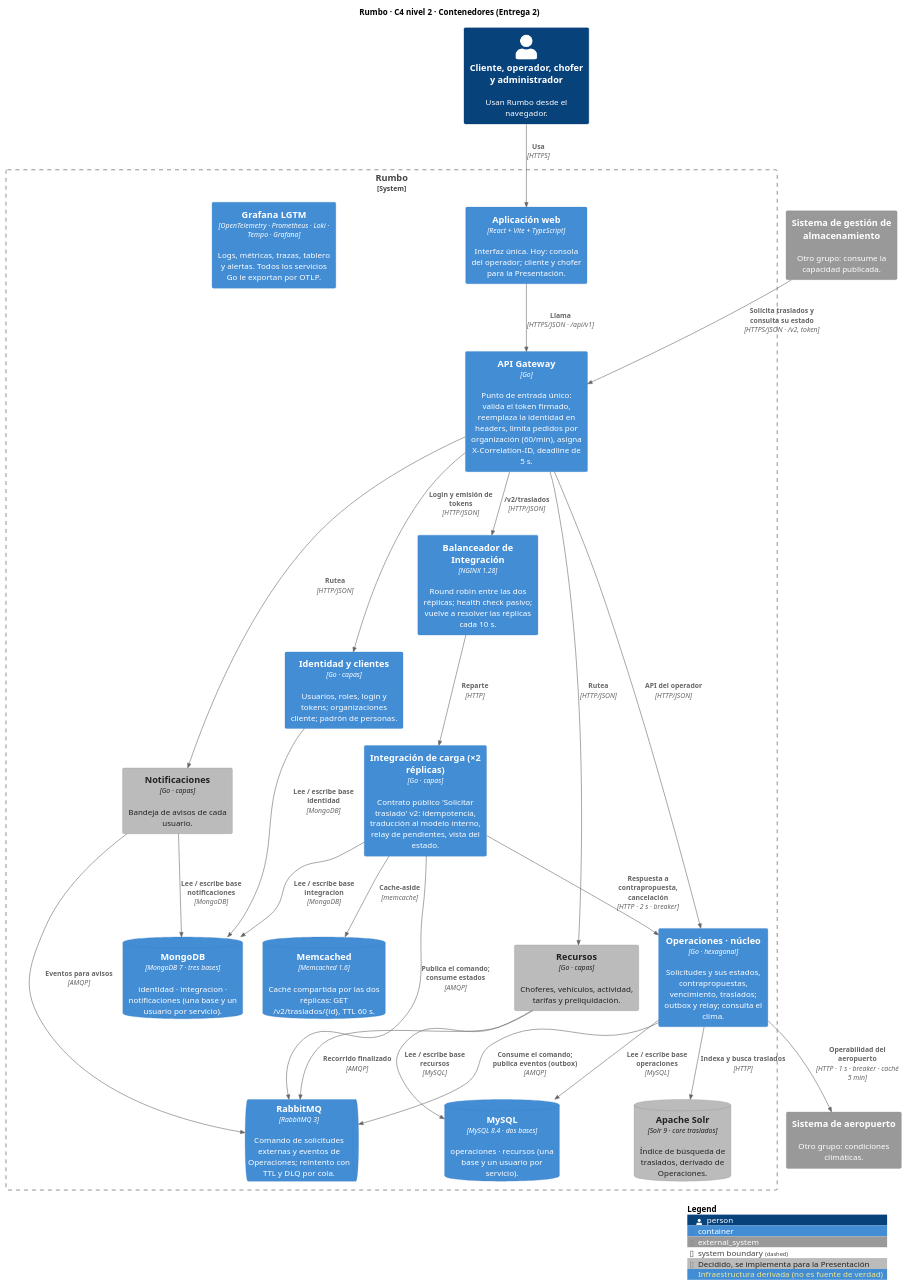
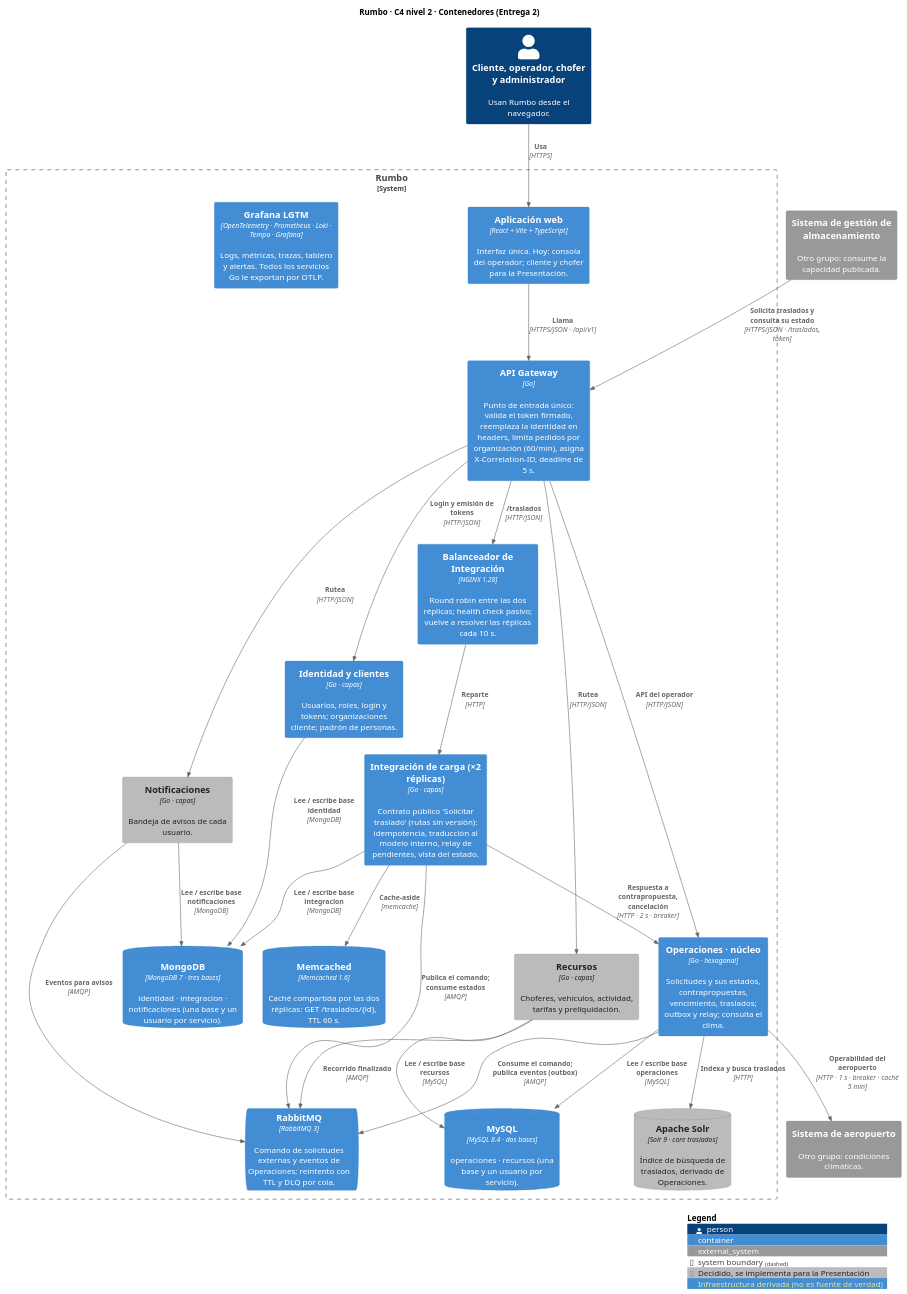
One commit to francoroblesss/Rumbo changed the diagram in docs/diagramas/c4-contenedores.puml. Above: the diagram before and after it, drawn with PlantUML. The commit also changed 39 other files, not shown here.

First line of the commit message:
feat: rutas del contrato sin versión (ADR-019)

```diff
--- a/docs/diagramas/c4-contenedores.puml
+++ b/docs/diagramas/c4-contenedores.puml
@@ -1,59 +1,59 @@
 @startuml c4-contenedores
 ' Rumbo — C4 nivel 2: contenedores. Fuente del diagrama; se renderiza con docs/diagramas/README.md.
 !include <C4/C4_Container>
 
 AddElementTag("pendiente", $bgColor="#bbbbbb", $borderColor="#888888", $fontColor="#222222", $legendText="Decidido, se implementa para la Presentación")
 AddElementTag("infra", $bgColor="#438dd5", $legendText="Infraestructura derivada (no es fuente de verdad)")
 
 title Rumbo · C4 nivel 2 · Contenedores (Entrega 2)
 
 Person(usuarios, "Cliente, operador, chofer y administrador", "Usan Rumbo desde el navegador.")
 System_Ext(almacenamiento, "Sistema de gestión de almacenamiento", "Otro grupo: consume la capacidad publicada.")
 System_Ext(aeropuerto, "Sistema de aeropuerto", "Otro grupo: condiciones climáticas.")
 
 System_Boundary(rumbo, "Rumbo") {
   Container(web, "Aplicación web", "React + Vite + TypeScript", "Interfaz única. Hoy: consola del operador; cliente y chofer para la Presentación.")
   Container(gateway, "API Gateway", "Go", "Punto de entrada único: valida el token firmado, reemplaza la identidad en headers, limita pedidos por organización (60/min), asigna X-Correlation-ID, deadline de 5 s.")
 
   Container(identidad, "Identidad y clientes", "Go · capas", "Usuarios, roles, login y tokens; organizaciones cliente; padrón de personas.")
   Container(balanceador, "Balanceador de Integración", "NGINX 1.28", "Round robin entre las dos réplicas; health check pasivo; vuelve a resolver las réplicas cada 10 s.")
-  Container(integracion, "Integración de carga (×2 réplicas)", "Go · capas", "Contrato público 'Solicitar traslado' v2: idempotencia, traducción al modelo interno, relay de pendientes, vista del estado.")
+  Container(integracion, "Integración de carga (×2 réplicas)", "Go · capas", "Contrato público 'Solicitar traslado' (rutas sin versión): idempotencia, traducción al modelo interno, relay de pendientes, vista del estado.")
   Container(operaciones, "Operaciones · núcleo", "Go · hexagonal", "Solicitudes y sus estados, contrapropuestas, vencimiento, traslados; outbox y relay; consulta el clima.")
   Container(recursos, "Recursos", "Go · capas", "Choferes, vehículos, actividad, tarifas y preliquidación.", $tags="pendiente")
   Container(notificaciones, "Notificaciones", "Go · capas", "Bandeja de avisos de cada usuario.", $tags="pendiente")
 
   ContainerDb(mongo, "MongoDB", "MongoDB 7 · tres bases", "identidad · integracion · notificaciones (una base y un usuario por servicio).")
   ContainerDb(mysql, "MySQL", "MySQL 8.4 · dos bases", "operaciones · recursos (una base y un usuario por servicio).")
-  ContainerDb(memcached, "Memcached", "Memcached 1.6", "Caché compartida por las dos réplicas: GET /v2/traslados/{id}, TTL 60 s.", $tags="infra")
+  ContainerDb(memcached, "Memcached", "Memcached 1.6", "Caché compartida por las dos réplicas: GET /traslados/{id}, TTL 60 s.", $tags="infra")
   ContainerQueue(rabbit, "RabbitMQ", "RabbitMQ 3", "Comando de solicitudes externas y eventos de Operaciones; reintento con TTL y DLQ por cola.")
   ContainerDb(solr, "Apache Solr", "Solr 9 · core traslados", "Índice de búsqueda de traslados, derivado de Operaciones.", $tags="pendiente")
   Container(lgtm, "Grafana LGTM", "OpenTelemetry · Prometheus · Loki · Tempo · Grafana", "Logs, métricas, trazas, tablero y alertas. Todos los servicios Go le exportan por OTLP.", $tags="infra")
 }
 
 Rel(usuarios, web, "Usa", "HTTPS")
 Rel(web, gateway, "Llama", "HTTPS/JSON · /api/v1")
-Rel(almacenamiento, gateway, "Solicita traslados y consulta su estado", "HTTPS/JSON · /v2, token")
+Rel(almacenamiento, gateway, "Solicita traslados y consulta su estado", "HTTPS/JSON · /traslados, token")
 
 Rel(gateway, identidad, "Login y emisión de tokens", "HTTP/JSON")
-Rel(gateway, balanceador, "/v2/traslados", "HTTP/JSON")
+Rel(gateway, balanceador, "/traslados", "HTTP/JSON")
 Rel(gateway, operaciones, "API del operador", "HTTP/JSON")
 Rel(gateway, recursos, "Rutea", "HTTP/JSON")
 Rel(gateway, notificaciones, "Rutea", "HTTP/JSON")
 Rel(balanceador, integracion, "Reparte", "HTTP")
 
 Rel(integracion, memcached, "Cache-aside", "memcache")
 Rel(integracion, mongo, "Lee / escribe base integracion", "MongoDB")
 Rel(integracion, operaciones, "Respuesta a contrapropuesta, cancelación", "HTTP · 2 s · breaker")
 Rel(integracion, rabbit, "Publica el comando; consume estados", "AMQP")
 Rel(operaciones, rabbit, "Consume el comando; publica eventos (outbox)", "AMQP")
 Rel(operaciones, mysql, "Lee / escribe base operaciones", "MySQL")
 Rel(operaciones, aeropuerto, "Operabilidad del aeropuerto", "HTTP · 1 s · breaker · caché 5 min")
 Rel(operaciones, solr, "Indexa y busca traslados", "HTTP")
 Rel(identidad, mongo, "Lee / escribe base identidad", "MongoDB")
 Rel(recursos, mysql, "Lee / escribe base recursos", "MySQL")
 Rel(notificaciones, mongo, "Lee / escribe base notificaciones", "MongoDB")
 Rel(recursos, rabbit, "Recorrido finalizado", "AMQP")
 Rel(notificaciones, rabbit, "Eventos para avisos", "AMQP")
 
 SHOW_LEGEND()
 @enduml
```
